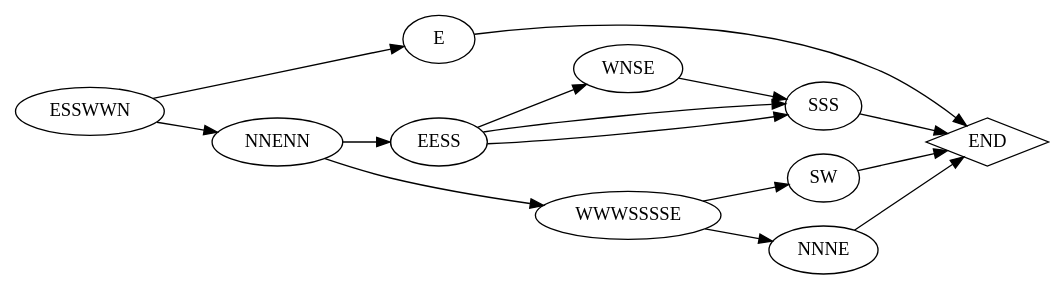
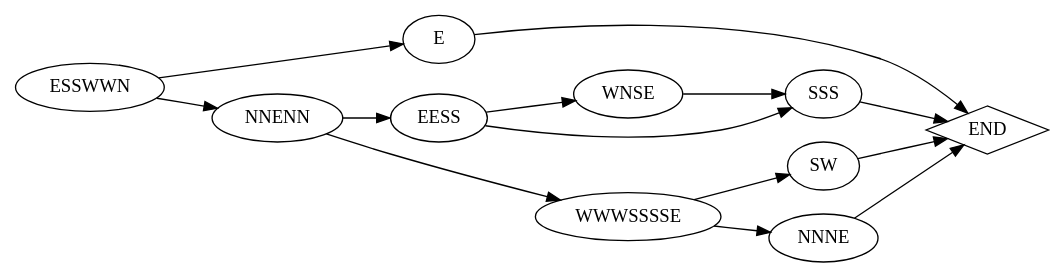
One commit to voberle/adventofcode changed the diagram in 2018/day20/resources/input_test_4.gv. Above: the diagram before and after it, drawn with Graphviz. The commit also changed 3 other files, not shown here.

```diff
--- a/2018/day20/resources/input_test_4.gv
+++ b/2018/day20/resources/input_test_4.gv
@@ -1,28 +1,27 @@
 digraph {
 	rankdir=LR;
 	node [shape = diamond]; "END";
 	node [shape = oval];
 	0 [shape = oval label = "ESSWWN"];
 	1 [shape = oval label = "E"];
 	2 [shape = oval label = "NNENN"];
 	3 [shape = oval label = "EESS"];
 	4 [shape = oval label = "WNSE"];
 	5 [shape = oval label = "SSS"];
 	6 [shape = oval label = "WWWSSSSE"];
 	7 [shape = oval label = "SW"];
 	8 [shape = oval label = "NNNE"];
 	0 -> 1;
 	0 -> 2;
 	1 -> END;
+	2 -> 6;
 	2 -> 3;
-	2 -> 6;
 	3 -> 4;
-	3 -> 5;
 	3 -> 5;
 	4 -> 5;
 	5 -> END;
+	6 -> 8;
 	6 -> 7;
-	6 -> 8;
 	7 -> END;
 	8 -> END;
 }
```
